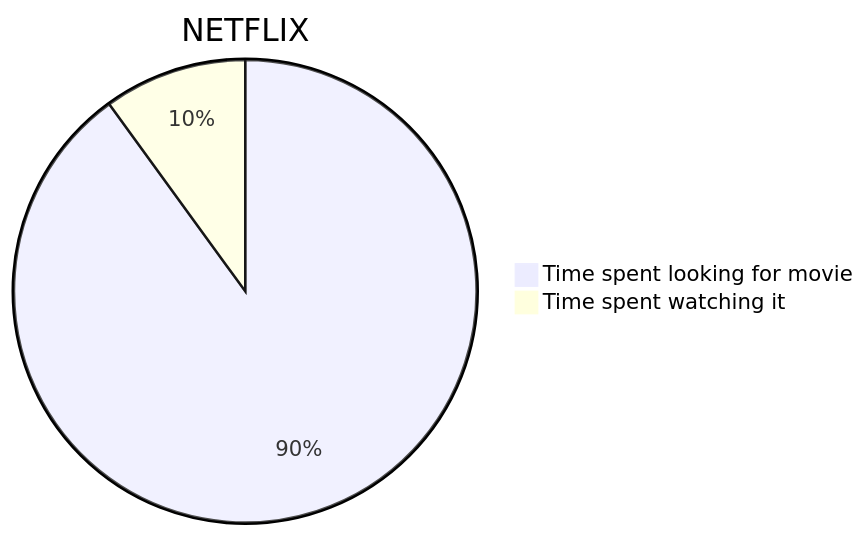
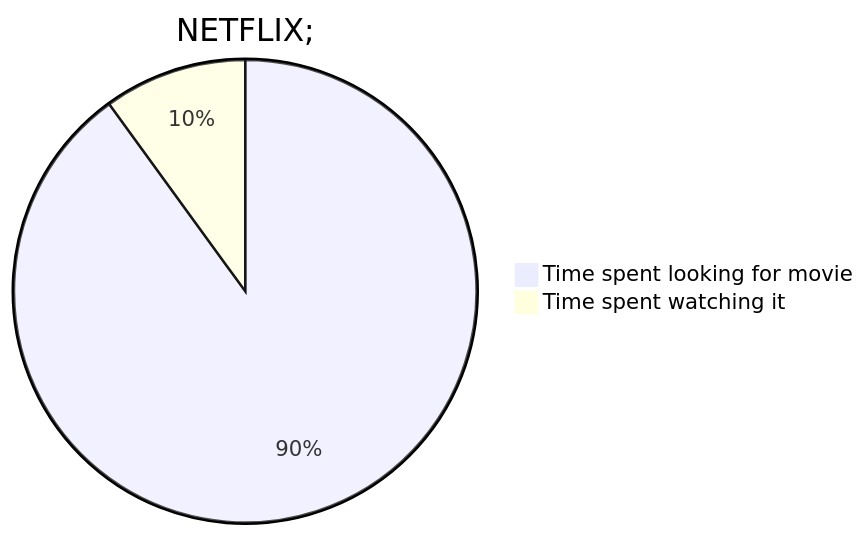
One commit to giorgio-bendoni/giorgio-bendoni.github.io changed the second of 2 diagrams in nuggets.md. Above: the diagram before and after it, drawn with Mermaid. The commit also changed other lines of this file, not shown here.

```diff
--- a/nuggets.md
+++ b/nuggets.md
@@ -17,5 +17,5 @@
 <div class="mermaid">
-pie title NETFLIX
+pie title NETFLIX;
          "Time spent looking for movie" : 90
          "Time spent watching it" : 10
-</div>  
+</div>
```
